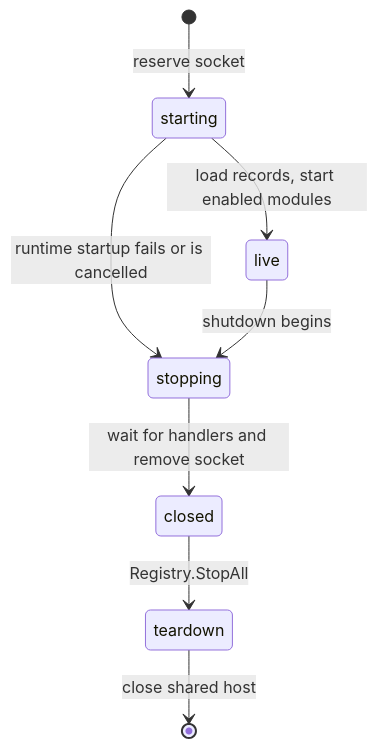
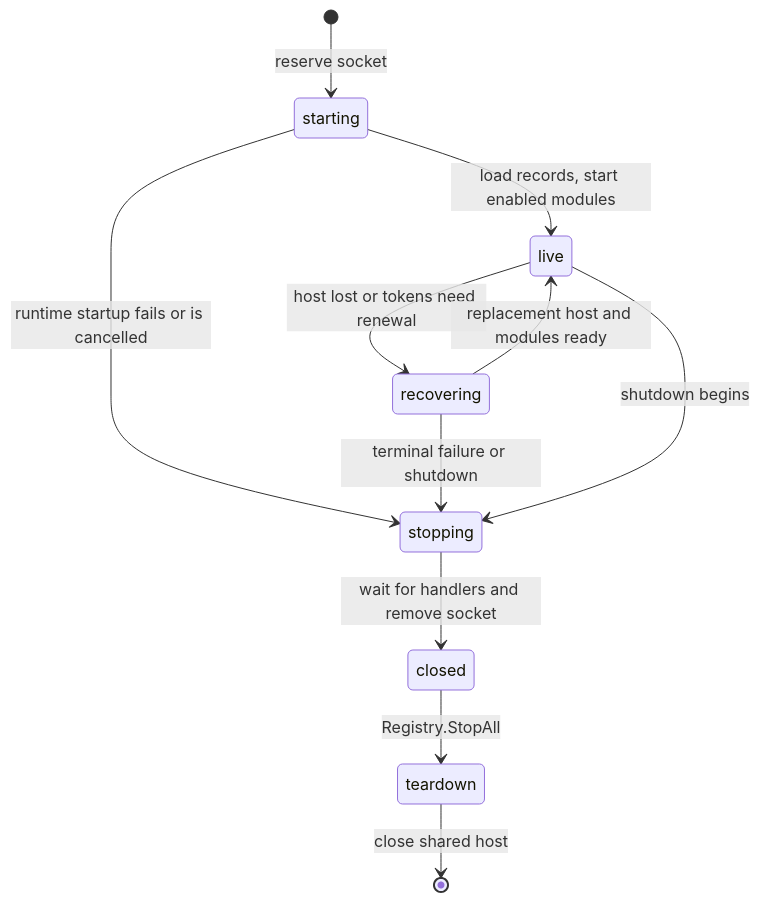
Before and after one commit to YMGPwcca/linkmyphone: the first of 2 diagrams in docs/architecture/control-plane.md, drawn with Mermaid. The commit also changed other lines of this file and 7 other files, not shown here.

First line of the commit message:
docs(architecture): align protocol and source maps with session recovery

````diff
--- a/docs/architecture/control-plane.md
+++ b/docs/architecture/control-plane.md
@@ -104,10 +104,13 @@
 ```mermaid
 stateDiagram-v2
     [*] --> starting: reserve socket
     starting --> live: load records, start enabled modules
     starting --> stopping: runtime startup fails or is cancelled
+    live --> recovering: host lost or tokens need renewal
+    recovering --> live: replacement host and modules ready
+    recovering --> stopping: terminal failure or shutdown
     live --> stopping: shutdown begins
     stopping --> closed: wait for handlers and remove socket
     closed --> teardown: Registry.StopAll
     teardown --> [*]: close shared host
 ```
````
